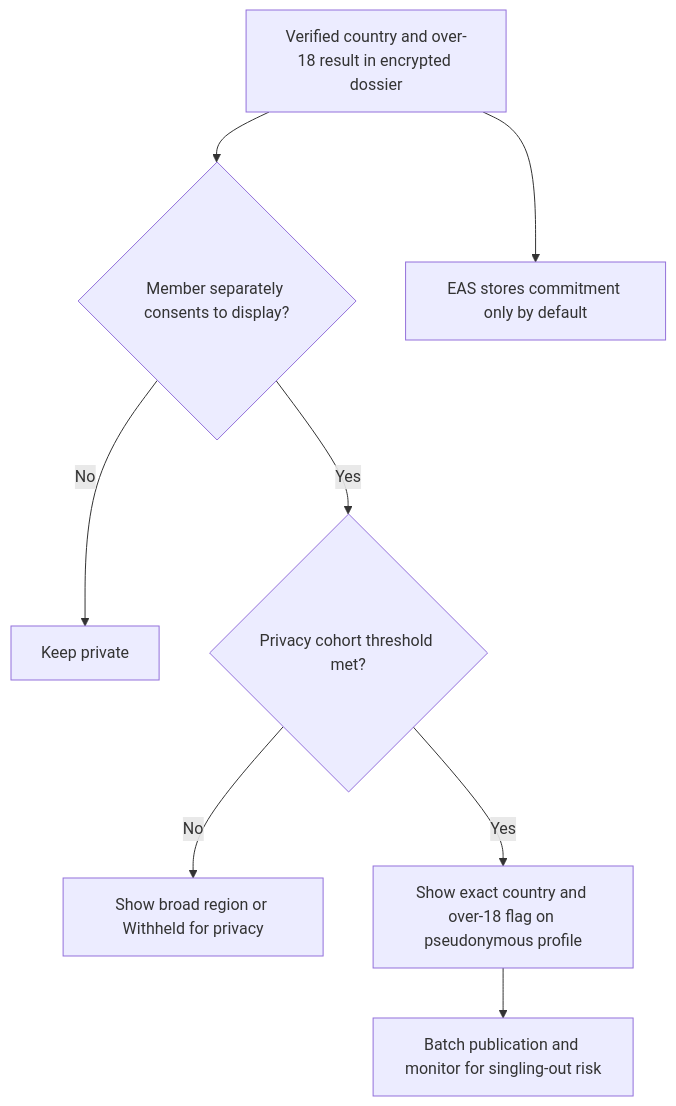
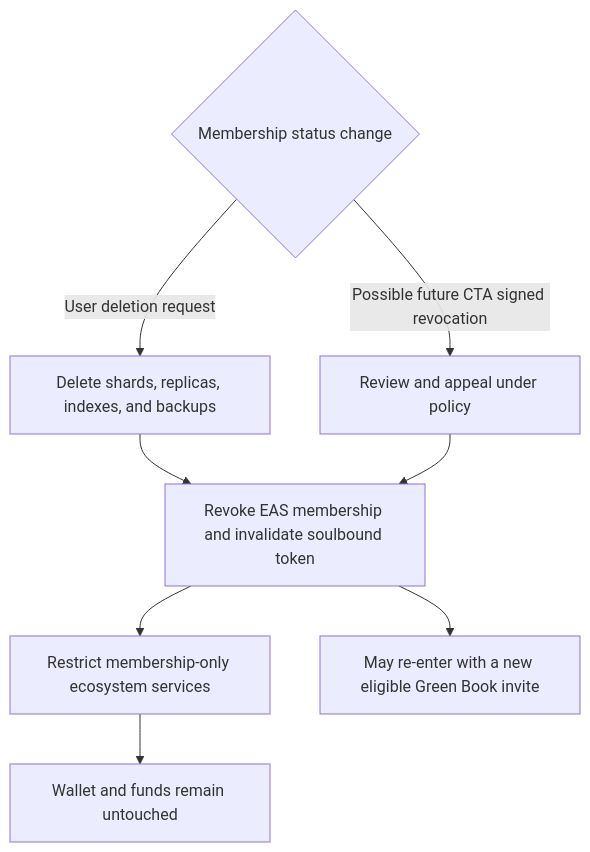
Before and after one commit to AlexJupiter/tibetan-id: the seventh of 7 diagrams in README.md, drawn with Mermaid. The commit also changed other lines of this file, not shown here.

Commit message:
Simplify architecture and lead with flows

````diff
--- a/README.md
+++ b/README.md
@@ -282,10 +210,10 @@
 ```mermaid
 flowchart TD
-    A[Verified country and over-18 result in encrypted dossier] --> B{Member separately consents to display?}
-    B -->|No| C[Keep private]
-    B -->|Yes| D{Privacy cohort threshold met?}
-    D -->|No| E[Show broad region or Withheld for privacy]
-    D -->|Yes| F[Show exact country and over-18 flag on pseudonymous profile]
-    F --> G[Batch publication and monitor for singling-out risk]
-    A --> H[EAS stores commitment only by default]
+    A{Membership status change} -->|User deletion request| B[Delete shards, replicas, indexes, and backups]
+    A -->|Possible future CTA signed revocation| C[Review and appeal under policy]
+    B --> D[Revoke EAS membership and invalidate soulbound token]
+    C --> D
+    D --> E[Restrict membership-only ecosystem services]
+    E --> F[Wallet and funds remain untouched]
+    D --> G[May re-enter with a new eligible Green Book invite]
 ```
````
